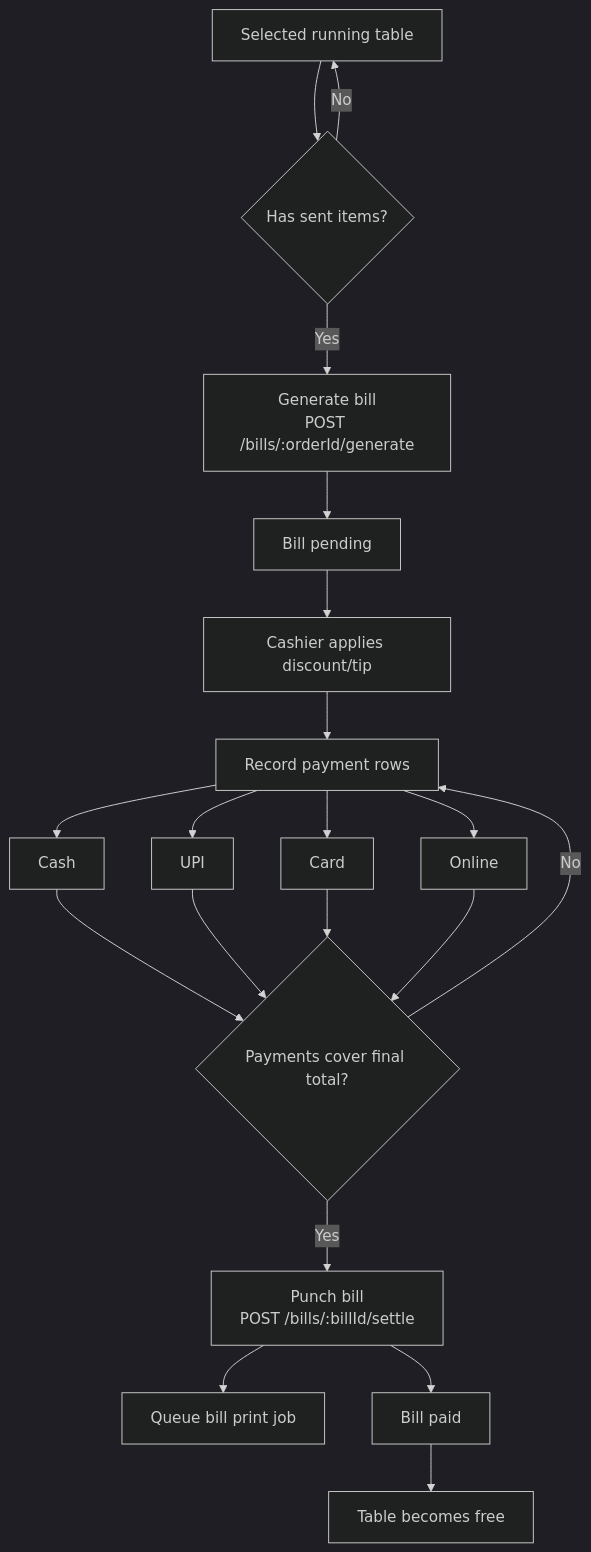
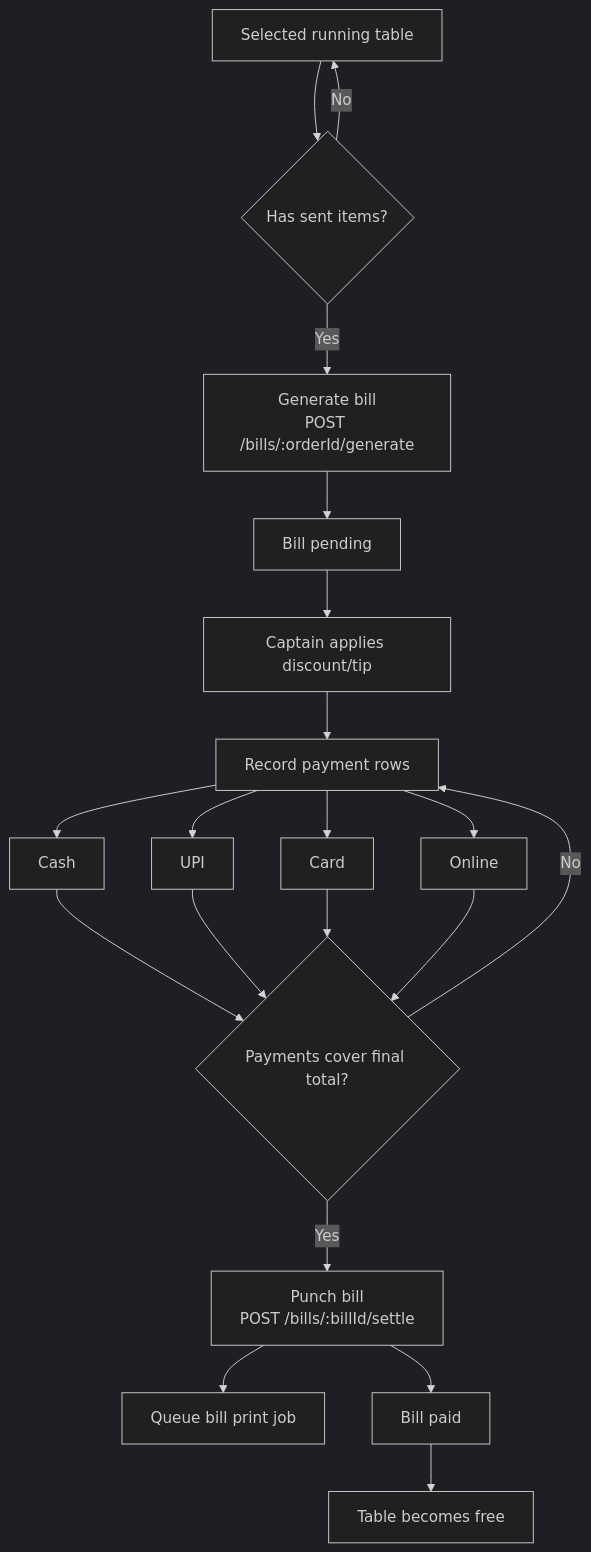
One commit to shubham909090/Open-POS changed the ninth of 17 diagrams in flowchart.md. Above: the diagram before and after it, drawn with Mermaid (dark theme). The commit also changed other lines of this file and 45 other files, not shown here.

Commit message:
Refactor Convex app and update related UI flows

````diff
--- a/flowchart.md
+++ b/flowchart.md
@@ -273,38 +273,38 @@
 ```mermaid
 flowchart TD
   Table["Selected running table"]
   SentItems{"Has sent items?"}
   Generate["Generate bill<br/>POST /bills/:orderId/generate"]
   PendingBill["Bill pending"]
-  Adjust["Cashier applies discount/tip"]
+  Adjust["Captain applies discount/tip"]
   PayChoice["Record payment rows"]
   Cash["Cash"]
   UPI["UPI"]
   Card["Card"]
   Online["Online"]
   Covered{"Payments cover final total?"}
   Punch["Punch bill<br/>POST /bills/:billId/settle"]
   PrintBill["Queue bill print job"]
   Paid["Bill paid"]
   FreeTable["Table becomes free"]
 
   Table --> SentItems
   SentItems -- "No" --> Table
   SentItems -- "Yes" --> Generate
   Generate --> PendingBill
   PendingBill --> Adjust
   Adjust --> PayChoice
   PayChoice --> Cash
   PayChoice --> UPI
   PayChoice --> Card
   PayChoice --> Online
   Cash --> Covered
   UPI --> Covered
   Card --> Covered
   Online --> Covered
   Covered -- "No" --> PayChoice
   Covered -- "Yes" --> Punch
   Punch --> PrintBill
   Punch --> Paid
   Paid --> FreeTable
 ```
````
